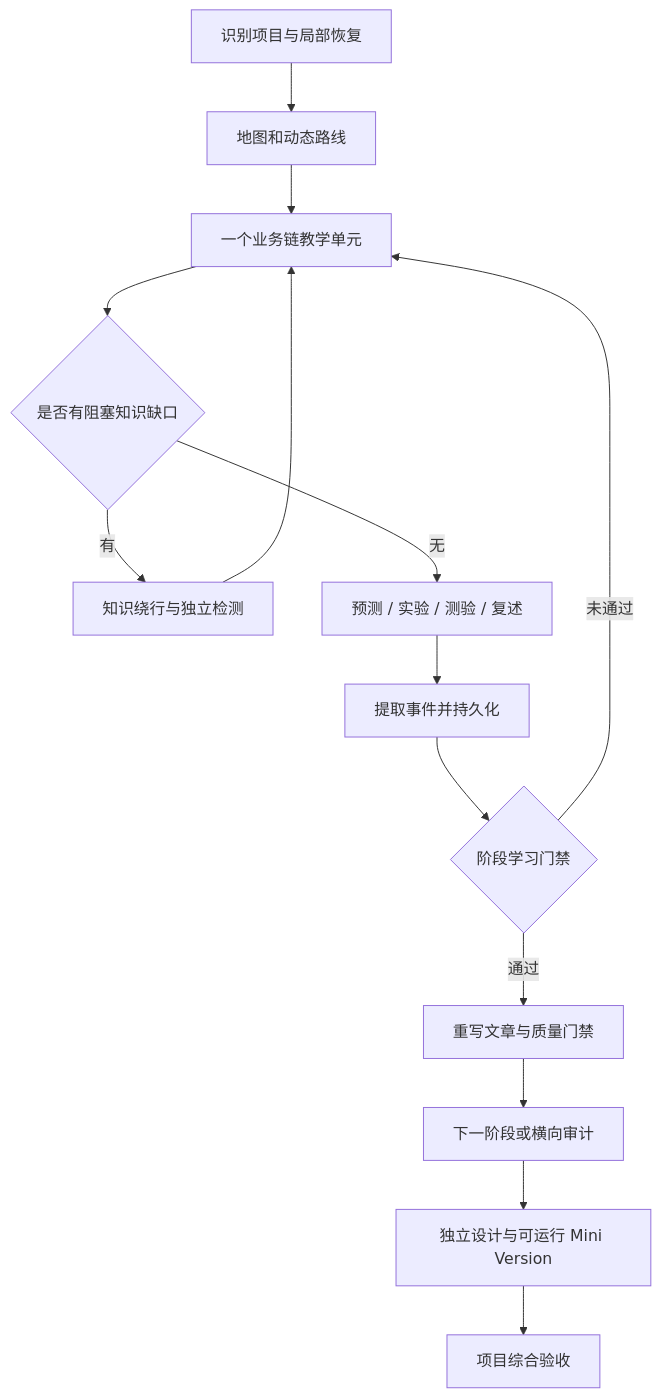
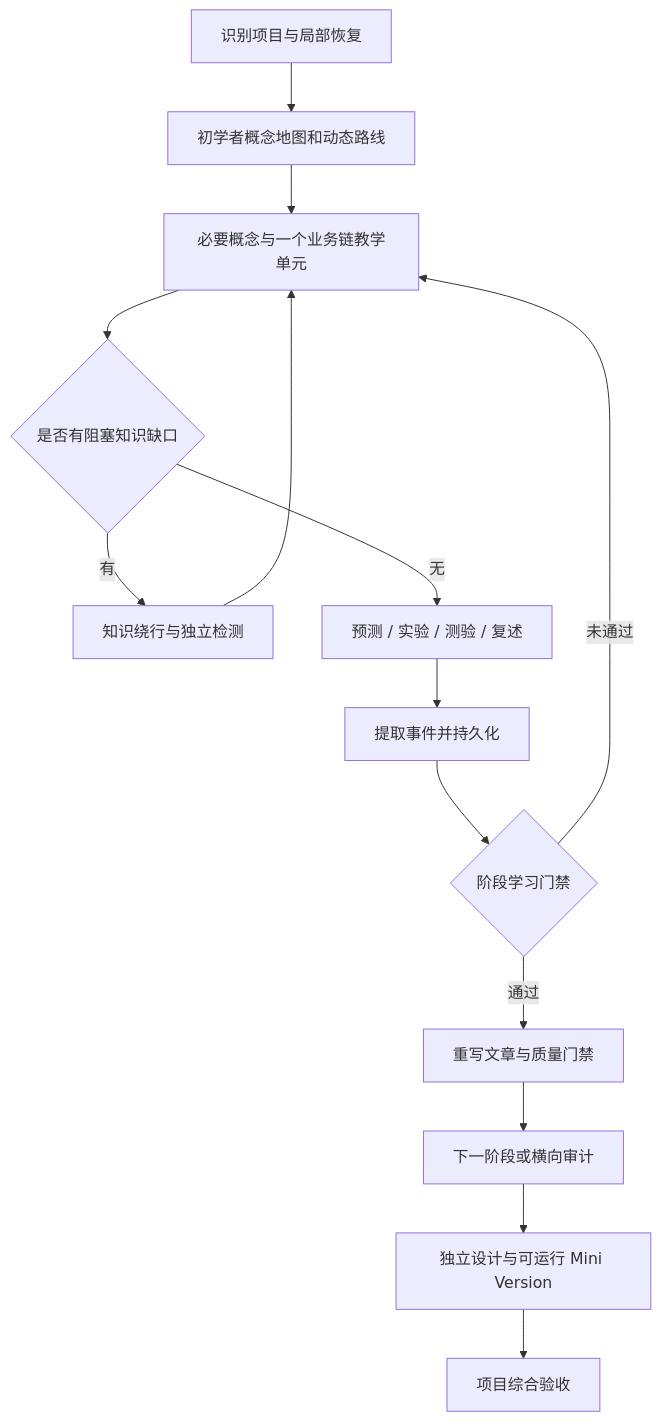
Before and after one commit to zgozh/deep-codebase: the diagram in docs/design.md, drawn with Mermaid. The commit also changed other lines of this file and 15 other files, not shown here.

Commit message:
feat: default to beginner learning and enforce Mermaid syntax

````diff
--- a/docs/design.md
+++ b/docs/design.md
@@ -17,16 +19,28 @@
 ```mermaid
 flowchart TD
-    A[识别项目与局部恢复] --> B[地图和动态路线]
-    B --> C[一个业务链教学单元]
-    C --> D{是否有阻塞知识缺口}
-    D -- 有 --> E[知识绕行与独立检测]
+    A["识别项目与局部恢复"]
+    B["初学者概念地图和动态路线"]
+    C["必要概念与一个业务链教学单元"]
+    D{"是否有阻塞知识缺口"}
+    E["知识绕行与独立检测"]
+    F["预测 / 实验 / 测验 / 复述"]
+    G["提取事件并持久化"]
+    H{"阶段学习门禁"}
+    I["重写文章与质量门禁"]
+    J["下一阶段或横向审计"]
+    K["独立设计与可运行 Mini Version"]
+    L["项目综合验收"]
+    A --> B
+    B --> C
+    C --> D
+    D -->|有| E
     E --> C
-    D -- 无 --> F[预测 / 实验 / 测验 / 复述]
-    F --> G[提取事件并持久化]
-    G --> H{阶段学习门禁}
-    H -- 未通过 --> C
-    H -- 通过 --> I[重写文章与质量门禁]
-    I --> J[下一阶段或横向审计]
-    J --> K[独立设计与可运行 Mini Version]
-    K --> L[项目综合验收]
+    D -->|无| F
+    F --> G
+    G --> H
+    H -->|未通过| C
+    H -->|通过| I
+    I --> J
+    J --> K
+    K --> L
 ```
````
